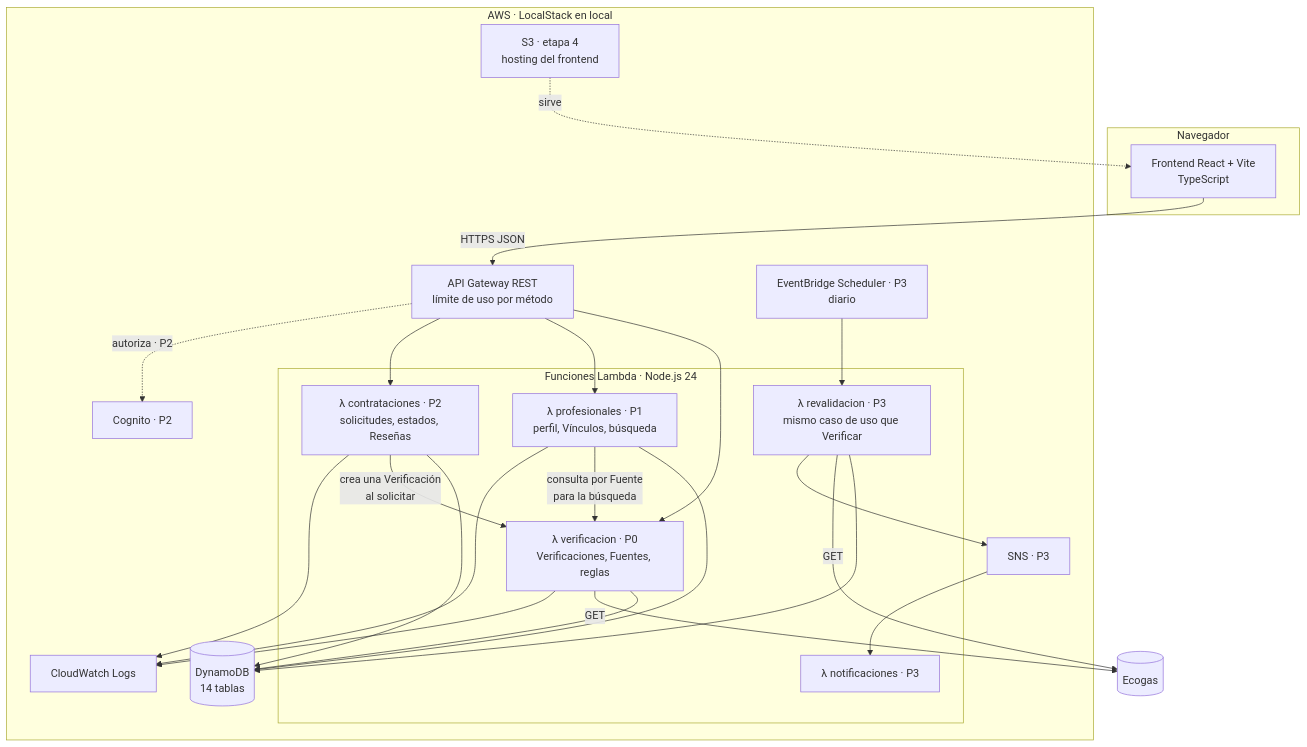
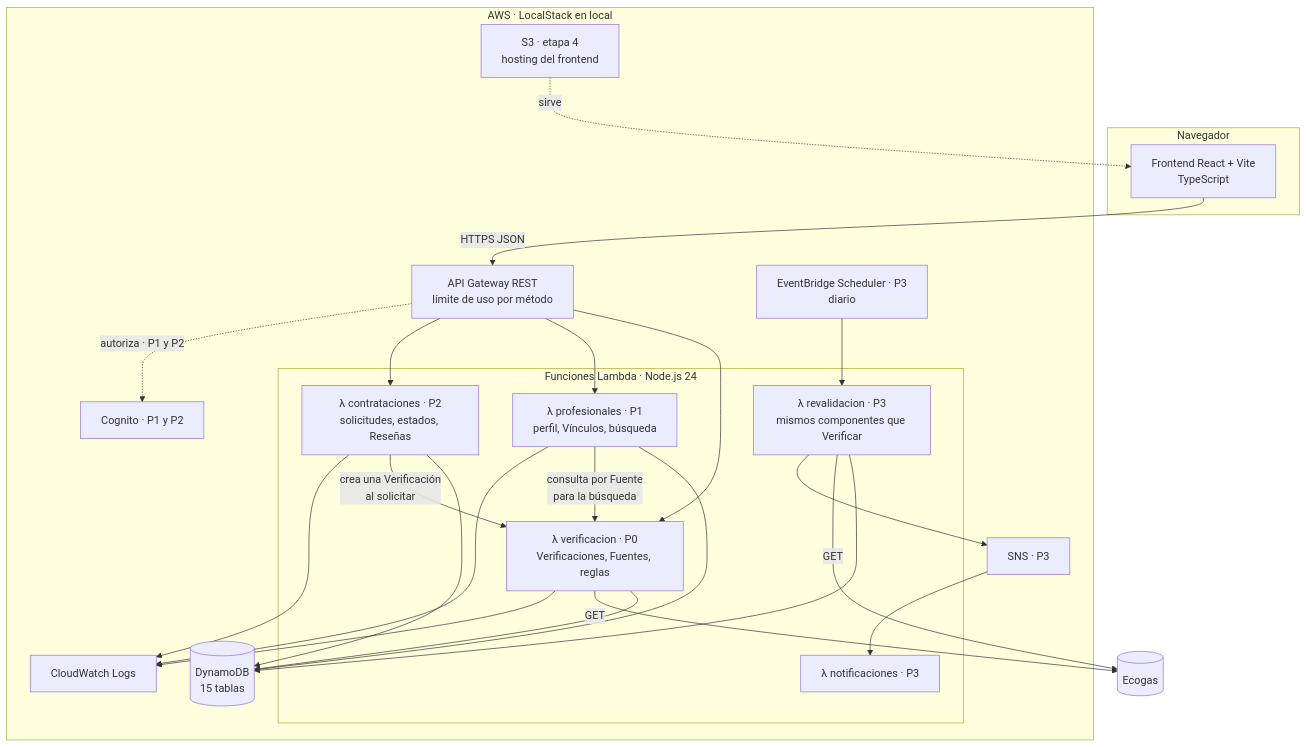
One commit to IvanDaniliuk01/MatriculAR changed the second of 3 diagrams in docs/arquitectura.md. Above: the diagram before and after it, drawn with Mermaid. The commit also changed other lines of this file and 18 other files, not shown here.

````diff
--- a/docs/arquitectura.md
+++ b/docs/arquitectura.md
@@ -86,48 +86,48 @@
 ```mermaid
 flowchart TB
     subgraph navegador [Navegador]
         spa[Frontend React + Vite<br/>TypeScript]
     end
 
     subgraph aws [AWS · LocalStack en local]
         apigw[API Gateway REST<br/>límite de uso por método]
 
         subgraph lambdas [Funciones Lambda · Node.js 24]
             lv[λ verificacion · P0<br/>Verificaciones, Fuentes, reglas]
             lp[λ profesionales · P1<br/>perfil, Vínculos, búsqueda]
             lc[λ contrataciones · P2<br/>solicitudes, estados, Reseñas]
-            lr[λ revalidacion · P3<br/>mismo caso de uso que Verificar]
+            lr[λ revalidacion · P3<br/>mismos componentes que Verificar]
             ln[λ notificaciones · P3]
         end
 
-        ddb[(DynamoDB<br/>14 tablas)]
+        ddb[(DynamoDB<br/>15 tablas)]
         s3[S3 · etapa 4<br/>hosting del frontend]
         sched[EventBridge Scheduler · P3<br/>diario]
         sns[SNS · P3]
-        cognito[Cognito · P2]
+        cognito[Cognito · P1 y P2]
         logs[CloudWatch Logs]
     end
 
     ecogas[(Ecogas)]
 
     spa -->|HTTPS JSON| apigw
     s3 -.->|sirve| spa
     apigw --> lv
     apigw --> lp
     apigw --> lc
-    apigw -.->|autoriza · P2| cognito
+    apigw -.->|autoriza · P1 y P2| cognito
     lv --> ddb
     lp --> ddb
     lc --> ddb
     lc -->|crea una Verificación<br/>al solicitar| lv
     lp -->|consulta por Fuente<br/>para la búsqueda| lv
     lv -->|GET| ecogas
     sched --> lr
     lr --> ddb
     lr -->|GET| ecogas
     lr --> sns
     sns --> ln
     lv --> logs
     lp --> logs
     lc --> logs
 ```
````
